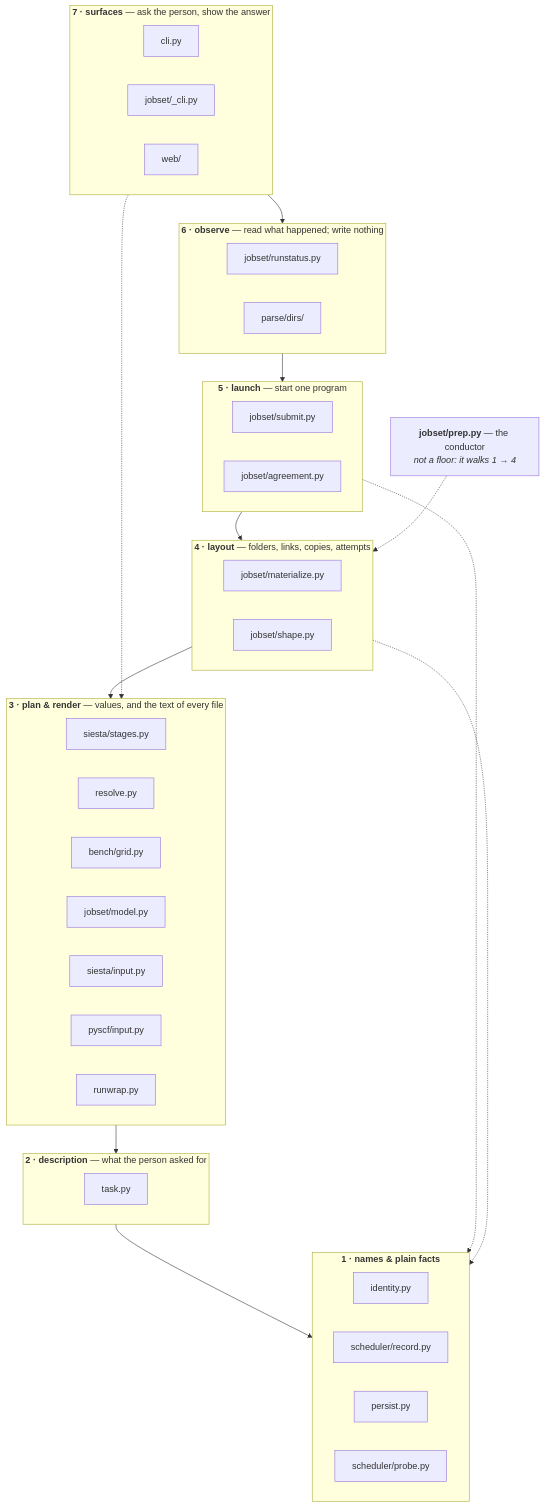
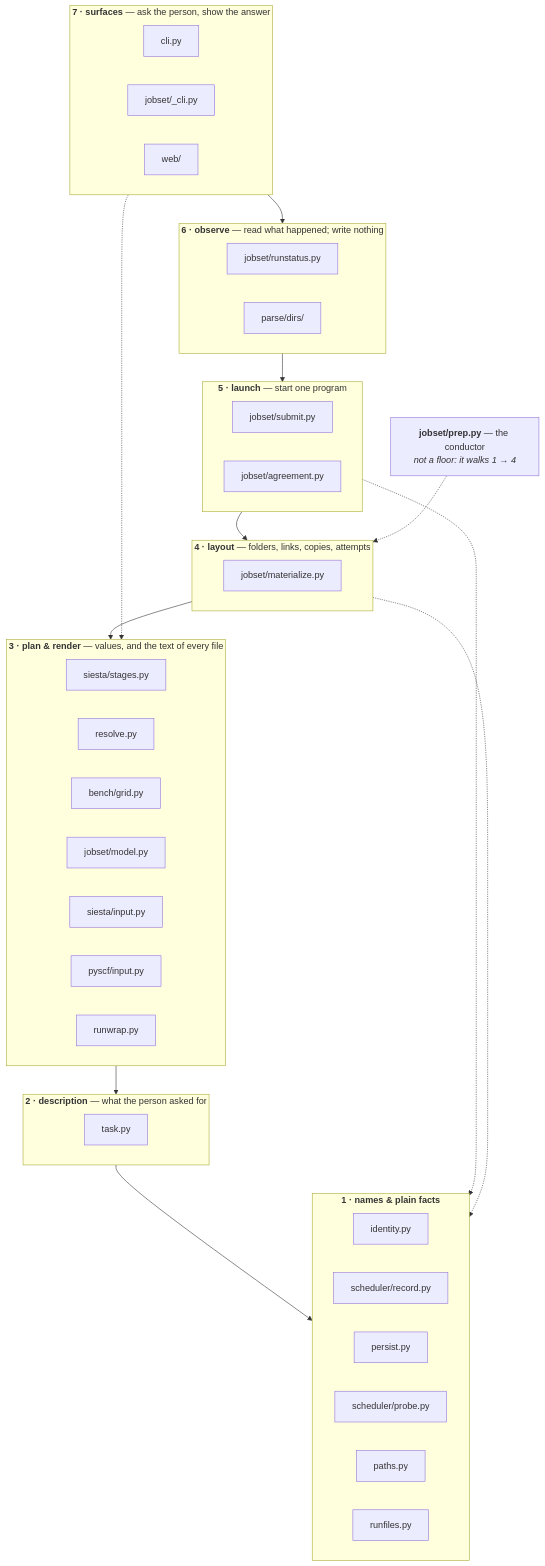
One commit to Qing-LAB/molbuilder changed the second of 11 diagrams in docs/execution/architecture.md. Above: the diagram before and after it, drawn with Mermaid. The commit also changed other lines of this file and 12 other files, not shown here.

First line of the commit message:
feat(paths)!: M4a -- `Shape` moves to a floor-1 `paths.py`, and the trial finder joins it

````diff
--- a/docs/execution/architecture.md
+++ b/docs/execution/architecture.md
@@ -160,39 +160,39 @@
 ```mermaid
 flowchart TB
     subgraph F7["<b>7 · surfaces</b> — ask the person, show the answer"]
       direction LR
       S1["cli.py"]; S2["jobset/_cli.py"]; S3["web/"]
     end
     subgraph F6["<b>6 · observe</b> — read what happened; write nothing"]
       direction LR
       O1["jobset/runstatus.py"]; O2["parse/dirs/"]
     end
     subgraph F5["<b>5 · launch</b> — start one program"]
       direction LR
       U3["jobset/submit.py"]; U4["jobset/agreement.py"]
     end
     subgraph F4["<b>4 · layout</b> — folders, links, copies, attempts"]
       direction LR
-      Y1["jobset/materialize.py"]; Y2["jobset/shape.py"]
+      Y1["jobset/materialize.py"]
     end
     subgraph F3["<b>3 · plan &amp; render</b> — values, and the text of every file"]
       direction LR
       P1["siesta/stages.py"]; P2["resolve.py"]; P3["bench/grid.py"]; P4["jobset/model.py"]
       P5["siesta/input.py"]; P6["pyscf/input.py"]; P7["runwrap.py"]
     end
     subgraph F2["<b>2 · description</b> — what the person asked for"]
       direction LR
       D1["task.py"]
     end
     subgraph F1["<b>1 · names &amp; plain facts</b>"]
       direction LR
       N1["identity.py"]; N2["scheduler/record.py"]; N3["persist.py"]
-      N4["scheduler/probe.py"]
+      N4["scheduler/probe.py"]; N5["paths.py"]; N6["runfiles.py"]
     end
     F7 --> F6 --> F5 --> F4 --> F3 --> F2 --> F1
     F5 -.-> F1
     F4 -.-> F1
     F7 -.-> F3
     PREP["<b>jobset/prep.py</b> — the conductor<br/><i>not a floor: it walks 1 → 4</i>"]
     PREP -.-> F4
 ```
````
